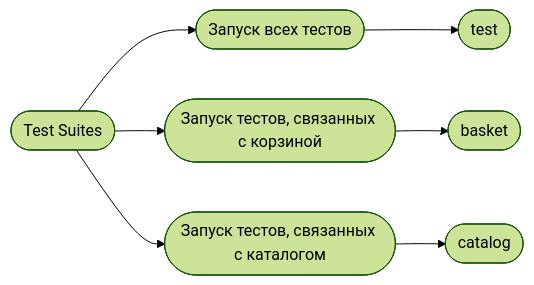
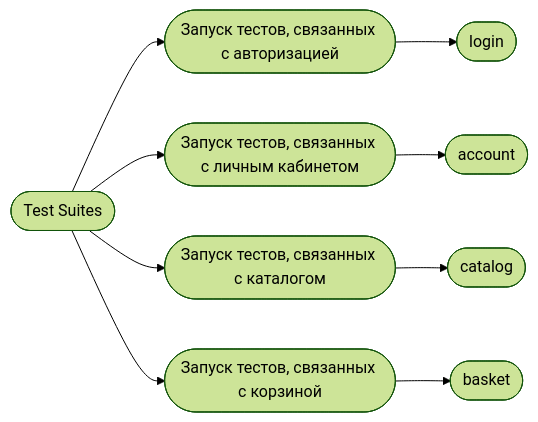
The diagram in README.md (Yulia-Malkova/respublica-project), drawn with Mermaid (forest theme) before and after one commit. The commit also changed other lines of this file, not shown here.

````diff
--- a/README.md
+++ b/README.md
@@ -49,6 +50,7 @@
 ```mermaid
 flowchart LR
-node1([Test Suites]) --> node2([Запуск всех тестов]) --> node3([test])
-node1([Test Suites]) --> node4([Запуск тестов, связанных с корзиной]) --> node5([basket])
+node1([Test Suites]) --> node2([Запуск тестов, связанных с авторизацией]) --> node3([login])
+node1([Test Suites]) --> node4([Запуск тестов, связанных с личным кабинетом]) --> node5([account])
 node1([Test Suites]) --> node6([Запуск тестов, связанных с каталогом]) --> node7([catalog])
+node1([Test Suites]) --> node8([Запуск тестов, связанных с корзиной]) --> node9([basket])
 ```
````
